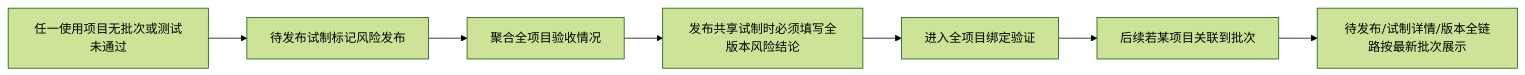
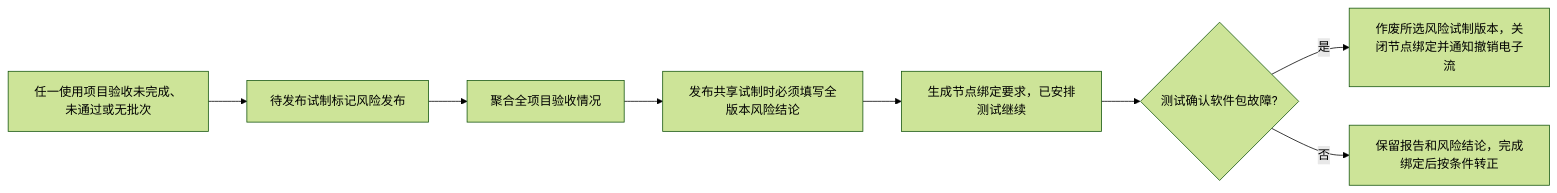
The second of 3 diagrams in docs/业务逻辑与联动关系.md (920171519/toolkit), drawn with Mermaid (forest theme) before and after one commit. The commit also changed other lines of this file and 40 other files, not shown here.

````diff
--- a/docs/业务逻辑与联动关系.md
+++ b/docs/业务逻辑与联动关系.md
@@ -49,9 +50,10 @@
 ```mermaid
 flowchart LR
-  A[任一使用项目无批次或测试未通过] --> B[待发布试制标记风险发布]
+  A[任一使用项目验收未完成、未通过或无批次] --> B[待发布试制标记风险发布]
   B --> C[聚合全项目验收情况]
   C --> D[发布共享试制时必须填写全版本风险结论]
-  D --> E[进入全项目绑定验证]
-  E --> F[后续若某项目关联到批次]
-  F --> G[待发布/试制详情/版本全链路按最新批次展示]
+  D --> E[生成节点绑定要求，已安排测试继续]
+  E --> F{测试确认软件包故障?}
+  F -->|是| G[作废所选风险试制版本，关闭节点绑定并通知撤销电子流]
+  F -->|否| H[保留报告和风险结论，完成绑定后按条件转正]
 ```
````
